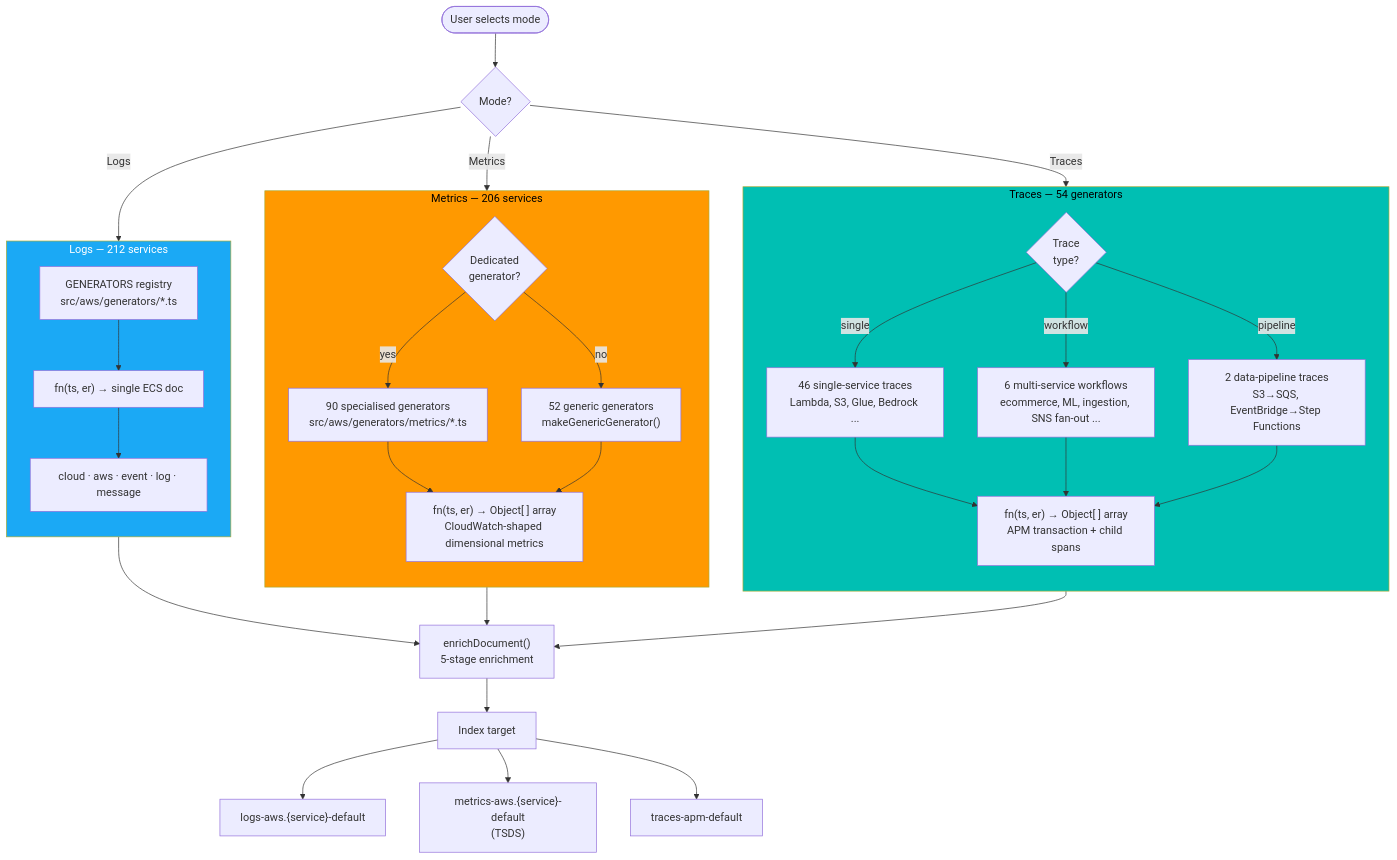
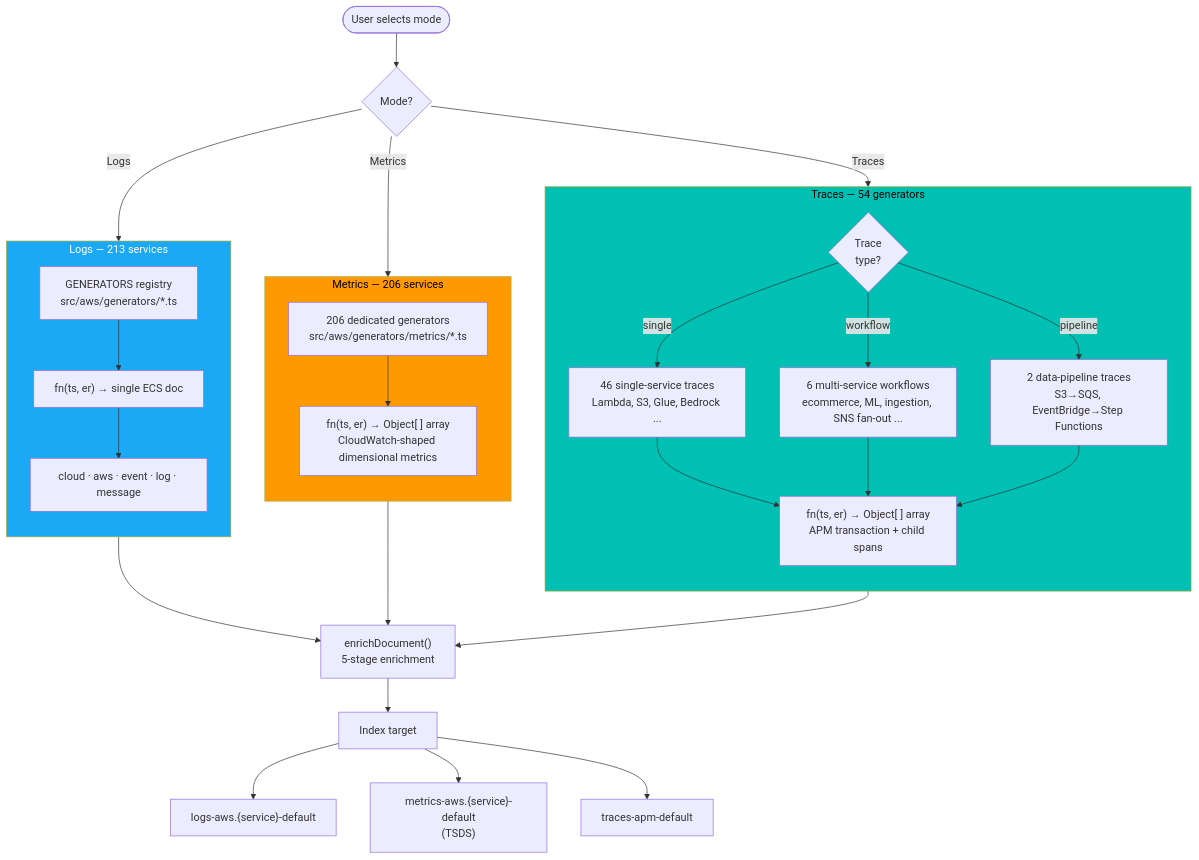
The fifth of 14 diagrams in docs/diagrams.md (rkernutt/cloud-to-elastic-load-generator), drawn with Mermaid before and after one commit. The commit also changed other lines of this file and 1311 other files, not shown here.

````diff
--- a/docs/diagrams.md
+++ b/docs/diagrams.md
@@ -343,54 +343,51 @@
 ```mermaid
 flowchart TD
     UI(["User selects mode"]) --> SWITCH{"Mode?"}
 
     SWITCH -->|"Logs"| LOGS
     SWITCH -->|"Metrics"| METRICS
     SWITCH -->|"Traces"| TRACES
 
-    subgraph LOGS["Logs — 212 services"]
+    subgraph LOGS["Logs — 213 services"]
         direction TB
         L1["GENERATORS registry\nsrc/aws/generators/*.ts"]
         L2["fn(ts, er) → single ECS doc"]
         L3["cloud · aws · event · log · message"]
         L1 --> L2 --> L3
     end
 
     subgraph METRICS["Metrics — 206 services"]
         direction TB
-        M1{"Dedicated\ngenerator?"}
-        M2["90 specialised generators\nsrc/aws/generators/metrics/*.ts"]
-        M3["52 generic generators\nmakeGenericGenerator()"]
-        M4["fn(ts, er) → Object[ ] array\nCloudWatch-shaped dimensional metrics"]
-        M1 -->|"yes"| M2 --> M4
-        M1 -->|"no"| M3 --> M4
+        M1["206 dedicated generators\nsrc/aws/generators/metrics/*.ts"]
+        M2["fn(ts, er) → Object[ ] array\nCloudWatch-shaped dimensional metrics"]
+        M1 --> M2
     end
 
     subgraph TRACES["Traces — 54 generators"]
         direction TB
         T1{"Trace\ntype?"}
         T2["46 single-service traces\nLambda, S3, Glue, Bedrock ..."]
         T3["6 multi-service workflows\necommerce, ML, ingestion, SNS fan-out ..."]
         T4["2 data-pipeline traces\nS3→SQS, EventBridge→Step Functions"]
         T5["fn(ts, er) → Object[ ] array\nAPM transaction + child spans"]
         T1 -->|"single"| T2 --> T5
         T1 -->|"workflow"| T3 --> T5
         T1 -->|"pipeline"| T4 --> T5
     end
 
     LOGS --> ENR
     METRICS --> ENR
     TRACES --> ENR
 
     ENR["enrichDocument()\n5-stage enrichment"]
     ENR --> IDX
 
     IDX["Index target"]
     IDX --> IDX_L["logs-aws.{service}-default"]
     IDX --> IDX_M["metrics-aws.{service}-default\n(TSDS)"]
     IDX --> IDX_T["traces-apm-default"]
 
     style LOGS fill:#1BA9F5,color:#fff
     style METRICS fill:#FF9900,color:#000
     style TRACES fill:#00BFB3,color:#000
 ```
````
